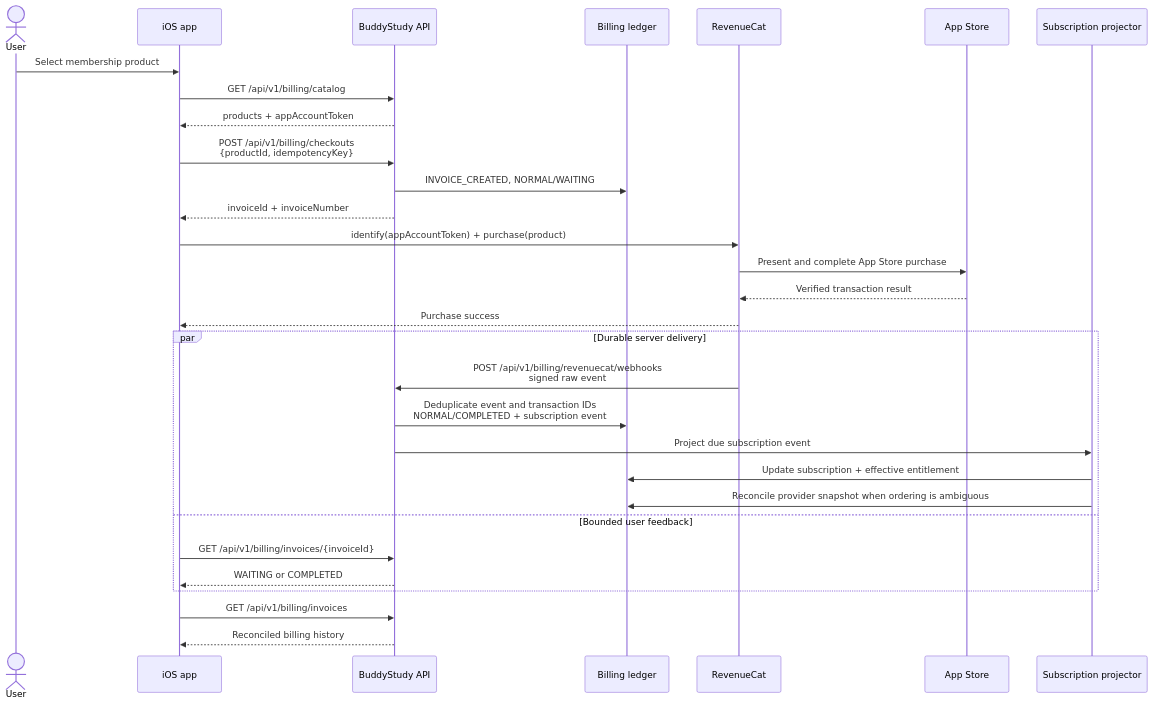
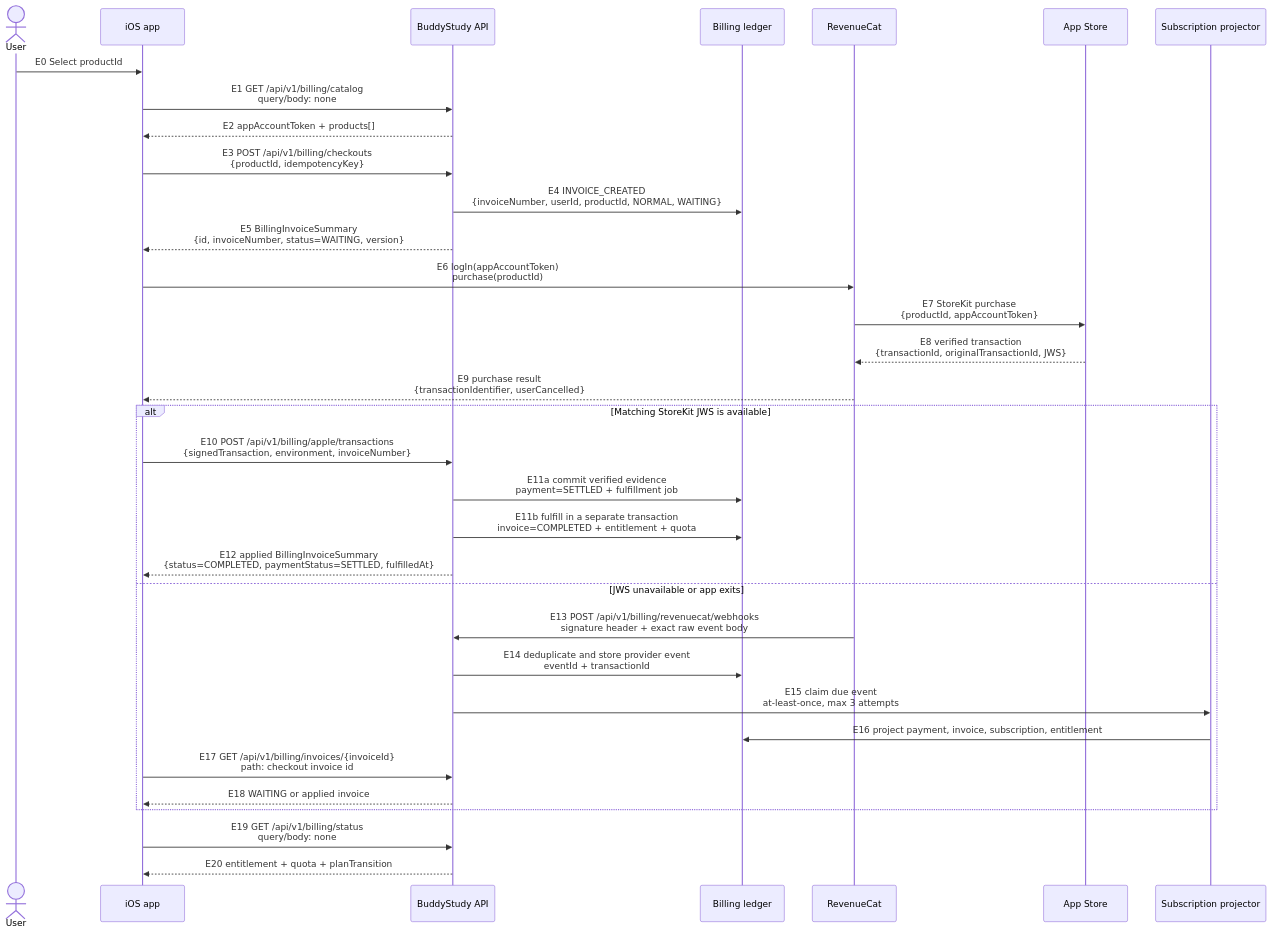
The diagram in docs/BILLING.md (ghkdqhrbals/buddy-studdy), drawn with Mermaid before and after one commit. The commit also changed other lines of this file, not shown here.

Commit message:
Document billing edge payload contracts

````diff
--- a/docs/BILLING.md
+++ b/docs/BILLING.md
@@ -175,33 +189,36 @@
 ```mermaid
 sequenceDiagram
     actor User
     participant App as iOS app
     participant API as BuddyStudy API
     participant DB as Billing ledger
     participant RC as RevenueCat
     participant Apple as App Store
     participant Worker as Subscription projector
 
-    User->>App: Select membership product
-    App->>API: GET /api/v1/billing/catalog
-    API-->>App: products + appAccountToken
-    App->>API: POST /api/v1/billing/checkouts<br/>{productId, idempotencyKey}
-    API->>DB: INVOICE_CREATED, NORMAL/WAITING
-    API-->>App: invoiceId + invoiceNumber
-    App->>RC: identify(appAccountToken) + purchase(product)
-    RC->>Apple: Present and complete App Store purchase
-    Apple-->>RC: Verified transaction result
-    RC-->>App: Purchase success
-    par Durable server delivery
-        RC->>API: POST /api/v1/billing/revenuecat/webhooks<br/>signed raw event
-        API->>DB: Deduplicate event and transaction IDs<br/>NORMAL/COMPLETED + subscription event
-        API->>Worker: Project due subscription event
-        Worker->>DB: Update subscription + effective entitlement
-        Worker->>DB: Reconcile provider snapshot when ordering is ambiguous
-    and Bounded user feedback
-        App->>API: GET /api/v1/billing/invoices/{invoiceId}
-        API-->>App: WAITING or COMPLETED
+    User->>App: E0 Select productId
+    App->>API: E1 GET /api/v1/billing/catalog<br/>query/body: none
+    API-->>App: E2 appAccountToken + products[]
+    App->>API: E3 POST /api/v1/billing/checkouts<br/>{productId, idempotencyKey}
+    API->>DB: E4 INVOICE_CREATED<br/>{invoiceNumber, userId, productId, NORMAL, WAITING}
+    API-->>App: E5 BillingInvoiceSummary<br/>{id, invoiceNumber, status=WAITING, version}
+    App->>RC: E6 logIn(appAccountToken)<br/>purchase(productId)
+    RC->>Apple: E7 StoreKit purchase<br/>{productId, appAccountToken}
+    Apple-->>RC: E8 verified transaction<br/>{transactionId, originalTransactionId, JWS}
+    RC-->>App: E9 purchase result<br/>{transactionIdentifier, userCancelled}
+    alt Matching StoreKit JWS is available
+        App->>API: E10 POST /api/v1/billing/apple/transactions<br/>{signedTransaction, environment, invoiceNumber}
+        API->>DB: E11a commit verified evidence<br/>payment=SETTLED + fulfillment job
+        API->>DB: E11b fulfill in a separate transaction<br/>invoice=COMPLETED + entitlement + quota
+        API-->>App: E12 applied BillingInvoiceSummary<br/>{status=COMPLETED, paymentStatus=SETTLED, fulfilledAt}
+    else JWS unavailable or app exits
+        RC->>API: E13 POST /api/v1/billing/revenuecat/webhooks<br/>signature header + exact raw event body
+        API->>DB: E14 deduplicate and store provider event<br/>eventId + transactionId
+        API->>Worker: E15 claim due event<br/>at-least-once, max 3 attempts
+        Worker->>DB: E16 project payment, invoice, subscription, entitlement
+        App->>API: E17 GET /api/v1/billing/invoices/{invoiceId}<br/>path: checkout invoice id
+        API-->>App: E18 WAITING or applied invoice
     end
-    App->>API: GET /api/v1/billing/invoices
-    API-->>App: Reconciled billing history
+    App->>API: E19 GET /api/v1/billing/status<br/>query/body: none
+    API-->>App: E20 entitlement + quota + planTransition
 ```
````
